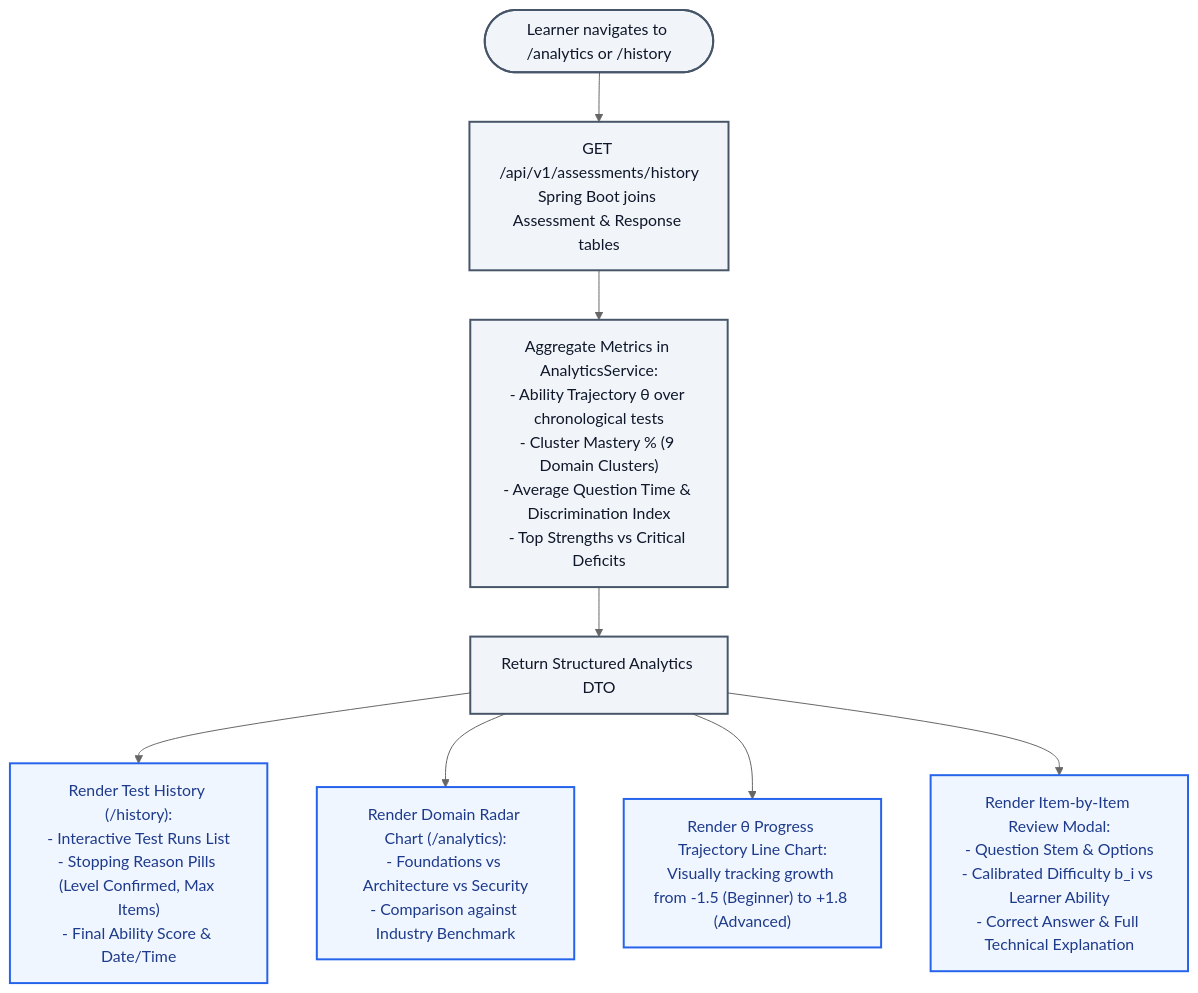
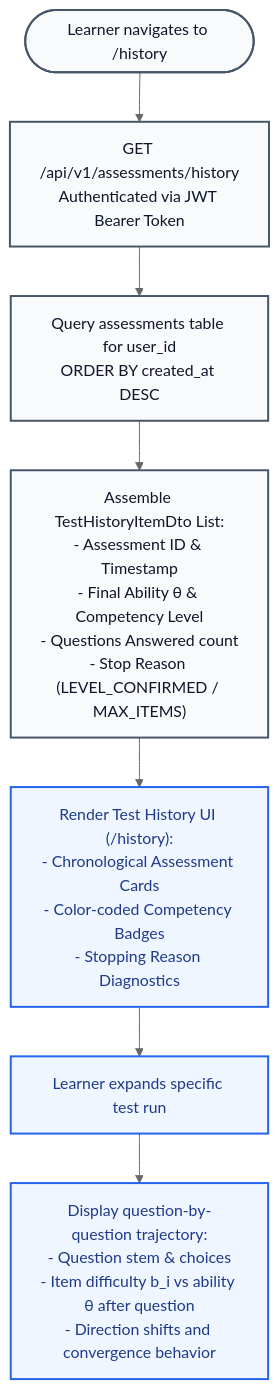
One commit to LNCT-Unix/AI-Powered-Upskilling-Platform changed the tenth of 11 diagrams in DESIGN_FLOWCHARTS.md. Above: the diagram before and after it, drawn with Mermaid (neutral theme). The commit also changed other lines of this file, not shown here.

Commit message:
Updated flowcharts

````diff
--- a/DESIGN_FLOWCHARTS.md
+++ b/DESIGN_FLOWCHARTS.md
@@ -676,22 +520,17 @@
 ```mermaid
 flowchart TD
-    REQ_ANALYTICS([Learner navigates to /analytics or /history]) --> FETCH_HIST["GET /api/v1/assessments/history<br/>Spring Boot joins Assessment & Response tables"]
+    NAV_HIST([Learner navigates to /history]) --> FETCH_HIST["GET /api/v1/assessments/history<br/>Authenticated via JWT Bearer Token"]
+    FETCH_HIST --> QUERY_RUNS["Query assessments table for user_id<br/>ORDER BY created_at DESC"]
+    QUERY_RUNS --> ASSEMBLE_DTO["Assemble TestHistoryItemDto List:<br/>- Assessment ID & Timestamp<br/>- Final Ability θ & Competency Level<br/>- Questions Answered count<br/>- Stop Reason (LEVEL_CONFIRMED / MAX_ITEMS)"]
     
-    FETCH_HIST --> AGGREGATE["Aggregate Metrics in AnalyticsService:<br/>- Ability Trajectory θ over chronological tests<br/>- Cluster Mastery % (9 Domain Clusters)<br/>- Average Question Time & Discrimination Index<br/>- Top Strengths vs Critical Deficits"]
+    ASSEMBLE_DTO --> RENDER_LIST["Render Test History UI (/history):<br/>- Chronological Assessment Cards<br/>- Color-coded Competency Badges<br/>- Stopping Reason Diagnostics"]
     
-    AGGREGATE --> DATA_PAYLOAD["Return Structured Analytics DTO"]
-    
-    DATA_PAYLOAD --> VIZ_HIST["Render Test History (/history):<br/>- Interactive Test Runs List<br/>- Stopping Reason Pills (Level Confirmed, Max Items)<br/>- Final Ability Score & Date/Time"]
-    
-    DATA_PAYLOAD --> VIZ_RADAR["Render Domain Radar Chart (/analytics):<br/>- Foundations vs Architecture vs Security<br/>- Comparison against Industry Benchmark"]
-    
-    DATA_PAYLOAD --> VIZ_TRAJECTORY["Render θ Progress Trajectory Line Chart:<br/>Visually tracking growth from -1.5 (Beginner) to +1.8 (Advanced)"]
-    
-    DATA_PAYLOAD --> VIZ_DRILLDOWN["Render Item-by-Item Review Modal:<br/>- Question Stem & Options<br/>- Calibrated Difficulty b_i vs Learner Ability<br/>- Correct Answer & Full Technical Explanation"]
+    RENDER_LIST --> EXPAND_RUN["Learner expands specific test run"]
+    EXPAND_RUN --> RENDER_RESPONSES["Display question-by-question trajectory:<br/>- Question stem & choices<br/>- Item difficulty b_i vs ability θ after question<br/>- Direction shifts and convergence behavior"]
 
-    classDef flow fill:#f1f5f9,stroke:#475569,stroke-width:2px,color:#0f172a;
-    classDef render fill:#eff6ff,stroke:#2563eb,stroke-width:2px,color:#1e3a8a;
+    classDef step fill:#f8fafc,stroke:#475569,stroke-width:2px,color:#0f172a;
+    classDef ui fill:#eff6ff,stroke:#2563eb,stroke-width:2px,color:#1e3a8a;
 
-    class REQ_ANALYTICS,FETCH_HIST,AGGREGATE,DATA_PAYLOAD flow;
-    class VIZ_HIST,VIZ_RADAR,VIZ_TRAJECTORY,VIZ_DRILLDOWN render;
+    class NAV_HIST,FETCH_HIST,QUERY_RUNS,ASSEMBLE_DTO step;
+    class RENDER_LIST,EXPAND_RUN,RENDER_RESPONSES ui;
 ```
````
